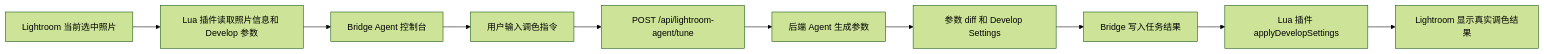
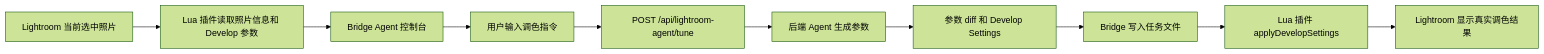
Before and after one commit to malchinee255/TonePilot: the first of 4 diagrams in docs/architecture.md, drawn with Mermaid (forest theme). The commit also changed other lines of this file and 113 other files, not shown here.

````diff
--- a/docs/architecture.md
+++ b/docs/architecture.md
@@ -14,12 +14,12 @@
 ```mermaid
 flowchart LR
   A["Lightroom 当前选中照片"] --> B["Lua 插件读取照片信息和 Develop 参数"]
   B --> C["Bridge Agent 控制台"]
   C --> D["用户输入调色指令"]
   D --> E["POST /api/lightroom-agent/tune"]
   E --> F["后端 Agent 生成参数"]
   F --> G["参数 diff 和 Develop Settings"]
-  G --> H["Bridge 写入任务结果"]
+  G --> H["Bridge 写入任务文件"]
   H --> I["Lua 插件 applyDevelopSettings"]
   I --> J["Lightroom 显示真实调色结果"]
 ```
````
